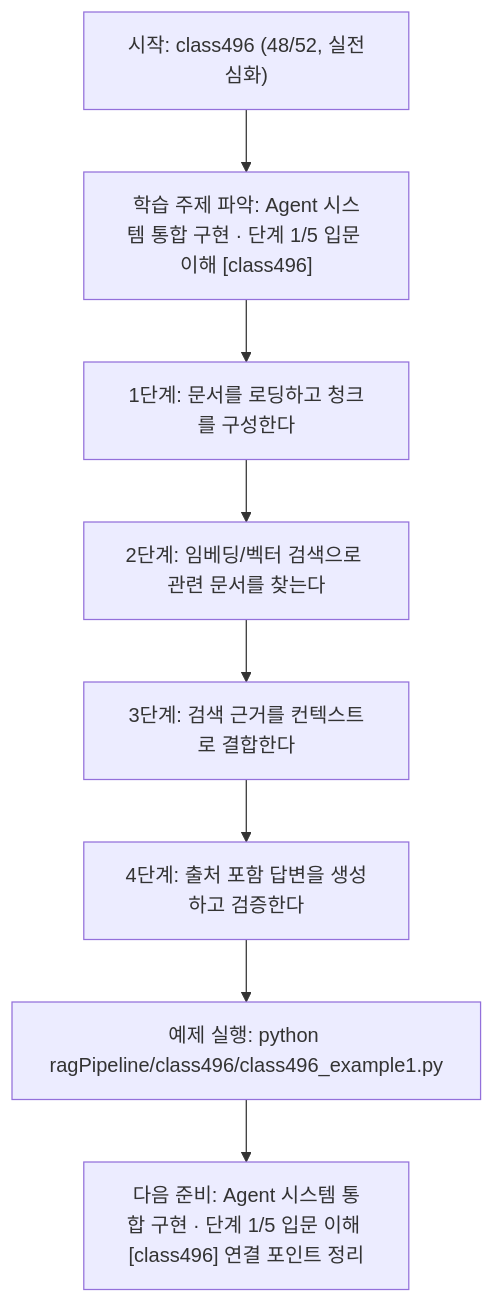
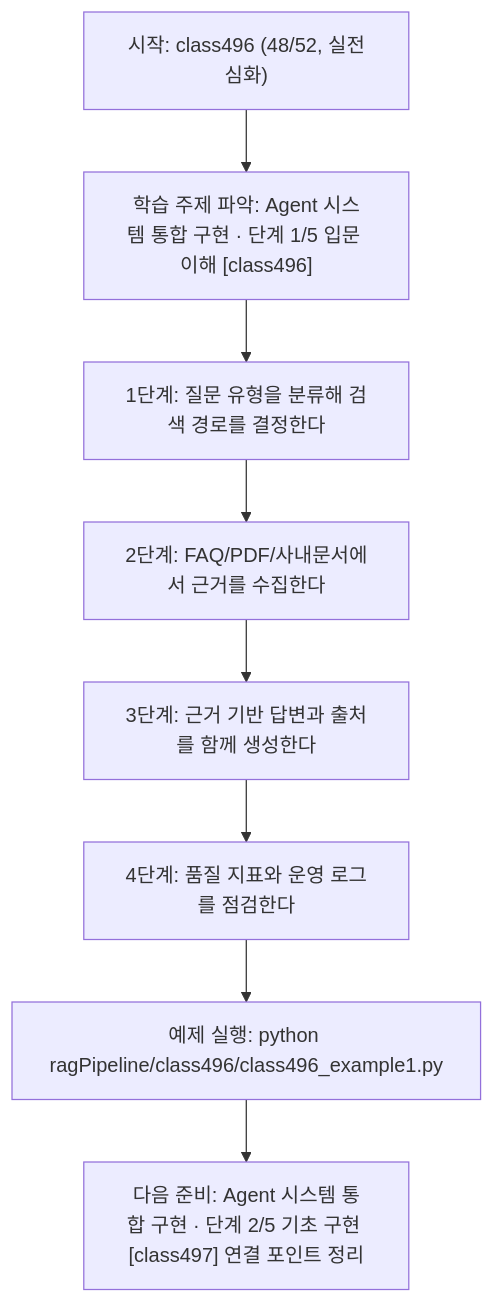
One commit to edumgt/Python-AI_Agent-Class changed the diagram in ragPipeline/class496/class496.md. Above: the diagram before and after it, drawn with Mermaid. The commit also changed other lines of this file and 367 other files, not shown here.

````diff
--- a/ragPipeline/class496/class496.md
+++ b/ragPipeline/class496/class496.md
@@ -112,18 +92,18 @@
 ```mermaid
 flowchart TD
 N1["시작: class496 (48/52, 실전심화)"]
 N2["학습 주제 파악: Agent 시스템 통합 구현 · 단계 1/5 입문 이해 [class496]"]
-N3["1단계: 문서를 로딩하고 청크를 구성한다"]
-N4["2단계: 임베딩/벡터 검색으로 관련 문서를 찾는다"]
-N5["3단계: 검색 근거를 컨텍스트로 결합한다"]
-N6["4단계: 출처 포함 답변을 생성하고 검증한다"]
+N3["1단계: 질문 유형을 분류해 검색 경로를 결정한다"]
+N4["2단계: FAQ/PDF/사내문서에서 근거를 수집한다"]
+N5["3단계: 근거 기반 답변과 출처를 함께 생성한다"]
+N6["4단계: 품질 지표와 운영 로그를 점검한다"]
 N7["예제 실행: python ragPipeline/class496/class496_example1.py"]
-N8["다음 준비: Agent 시스템 통합 구현 · 단계 1/5 입문 이해 [class496] 연결 포인트 정리"]
+N8["다음 준비: Agent 시스템 통합 구현 · 단계 2/5 기초 구현 [class497] 연결 포인트 정리"]
 N1 --> N2
 N2 --> N3
 N3 --> N4
 N4 --> N5
 N5 --> N6
 N6 --> N7
 N7 --> N8
 ```
````
